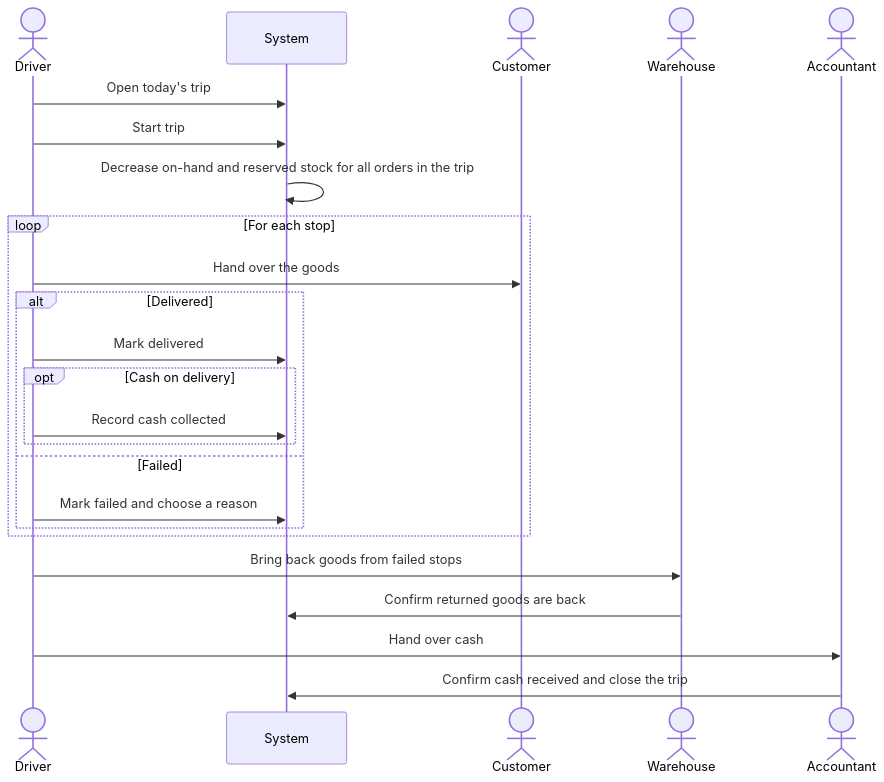
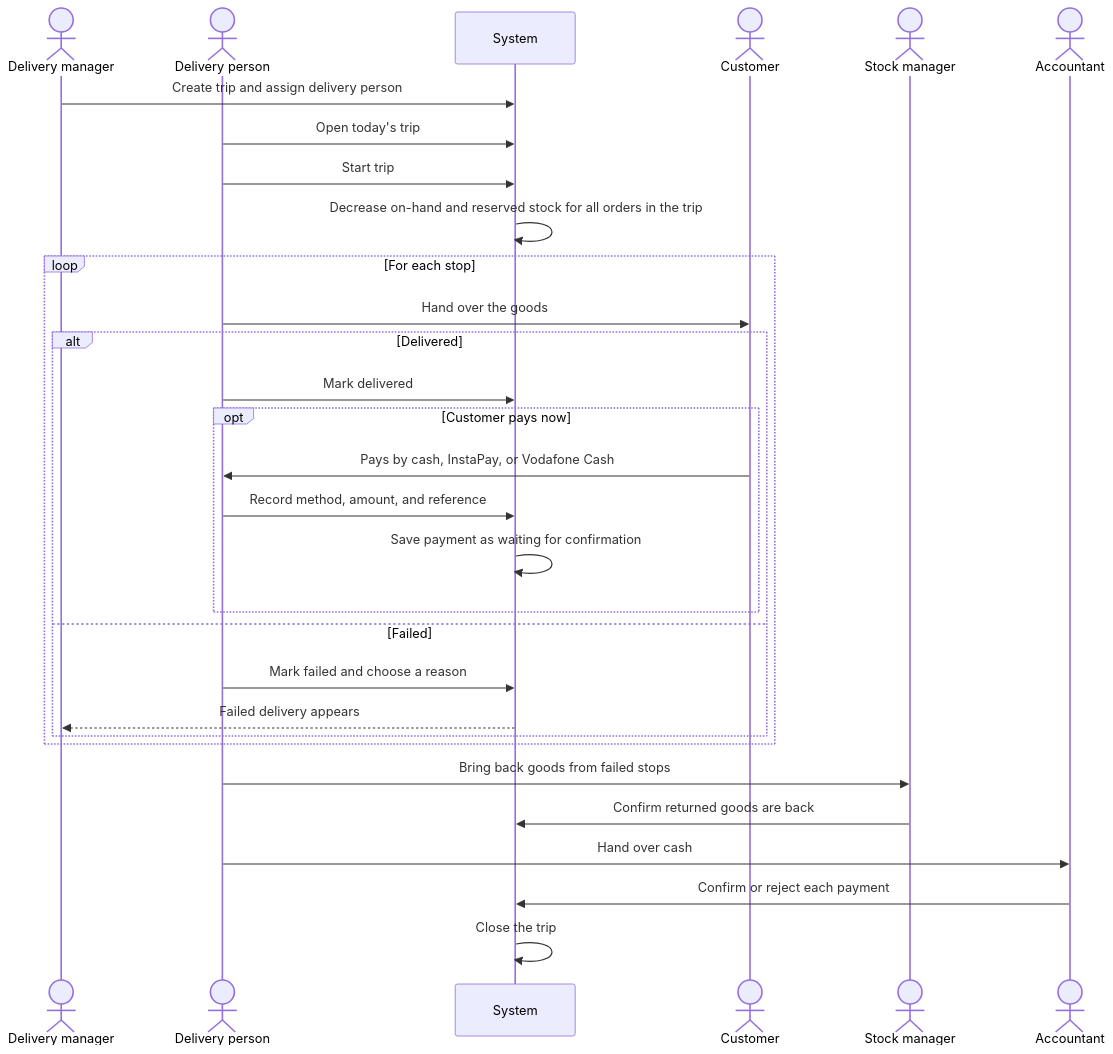
The fourth of 4 diagrams in docs/workflows/04-delivery.md (AhmedElnagarUU/Cosmo), drawn with Mermaid before and after one commit. The commit also changed other lines of this file and 33 other files, not shown here.

First line of the commit message:
Update plan: manual order acceptance, new roles, payment confirmation

````diff
--- a/docs/workflows/04-delivery.md
+++ b/docs/workflows/04-delivery.md
@@ -43,27 +46,33 @@
 ```mermaid
 sequenceDiagram
-    actor D as Driver
+    actor M as Delivery manager
+    actor D as Delivery person
     participant S as System
     actor C as Customer
-    actor W as Warehouse
+    actor K as Stock manager
     actor A as Accountant
 
+    M->>S: Create trip and assign delivery person
     D->>S: Open today's trip
     D->>S: Start trip
     S->>S: Decrease on-hand and reserved stock for all orders in the trip
     loop For each stop
         D->>C: Hand over the goods
         alt Delivered
             D->>S: Mark delivered
-            opt Cash on delivery
-                D->>S: Record cash collected
+            opt Customer pays now
+                C->>D: Pays by cash, InstaPay, or Vodafone Cash
+                D->>S: Record method, amount, and reference
+                S->>S: Save payment as waiting for confirmation
             end
         else Failed
             D->>S: Mark failed and choose a reason
+            S-->>M: Failed delivery appears
         end
     end
-    D->>W: Bring back goods from failed stops
-    W->>S: Confirm returned goods are back
+    D->>K: Bring back goods from failed stops
+    K->>S: Confirm returned goods are back
     D->>A: Hand over cash
-    A->>S: Confirm cash received and close the trip
+    A->>S: Confirm or reject each payment
+    S->>S: Close the trip
 ```
````
